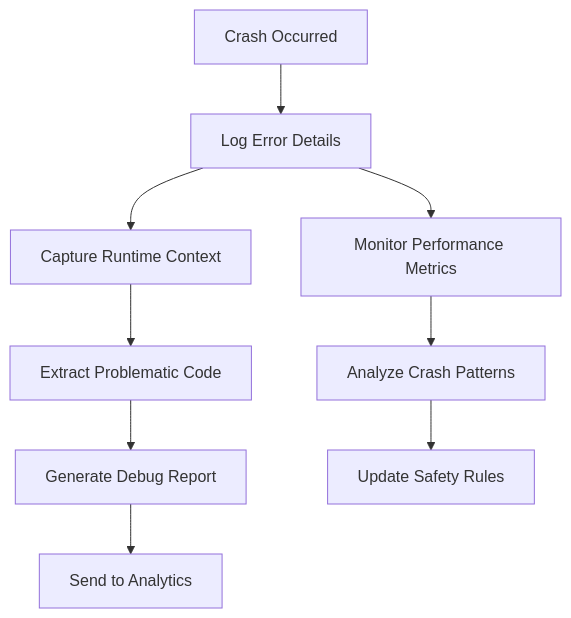
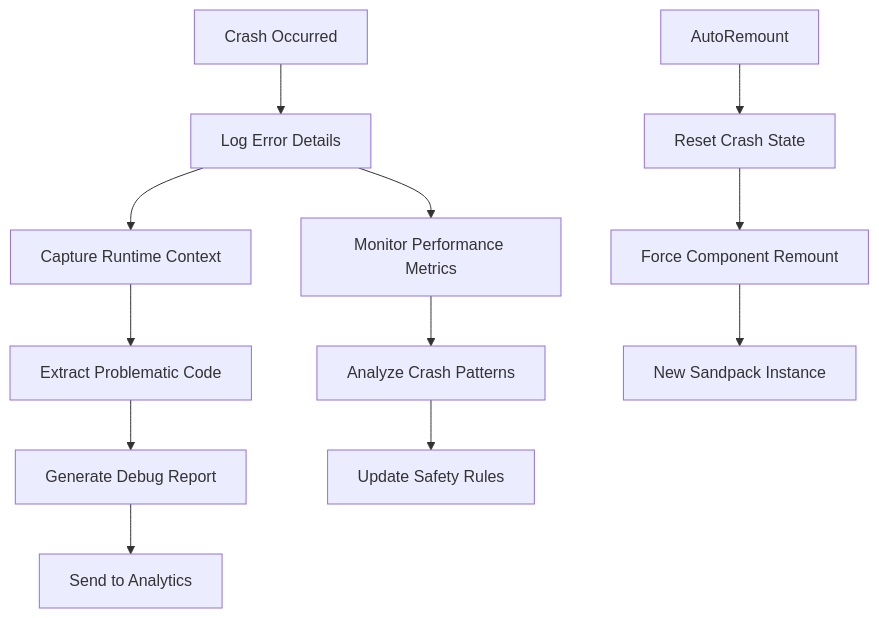
The tenth of 11 diagrams in .qoder/repowiki/en/content/Sandbox Runtime Crash Handling.md (shekhargiri005-dotcom/AI-powered-accessibility-first-UI-engine), drawn with Mermaid before and after one commit. The commit also changed other lines of this file and 3 other files, not shown here.

````diff
--- a/.qoder/repowiki/en/content/Sandbox Runtime Crash Handling.md
+++ b/.qoder/repowiki/en/content/Sandbox Runtime Crash Handling.md
@@ -408,11 +436,14 @@
 ```mermaid
 flowchart TD
 CrashOccurred[Crash Occurred] --> LogError[Log Error Details]
 LogError --> CaptureContext[Capture Runtime Context]
 CaptureContext --> ExtractCode[Extract Problematic Code]
 ExtractCode --> GenerateReport[Generate Debug Report]
 GenerateReport --> SendToAnalytics[Send to Analytics]
 LogError --> MonitorMetrics[Monitor Performance Metrics]
 MonitorMetrics --> AnalyzePatterns[Analyze Crash Patterns]
 AnalyzePatterns --> UpdateSafetyRules[Update Safety Rules]
+AutoRemount --> ResetState[Reset Crash State]
+ResetState --> ForceRemount[Force Component Remount]
+ForceRemount --> NewInstance[New Sandpack Instance]
 ```
````
